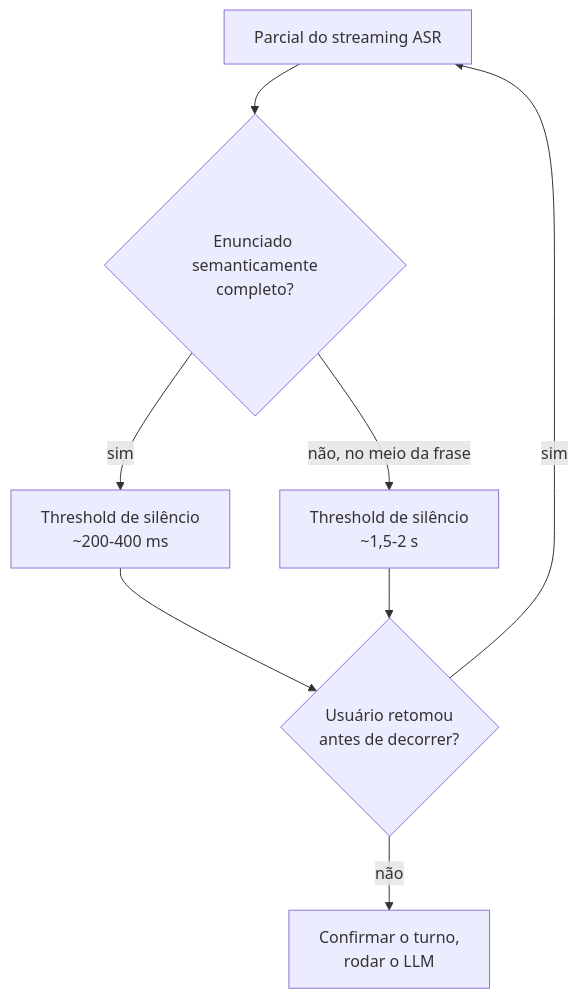
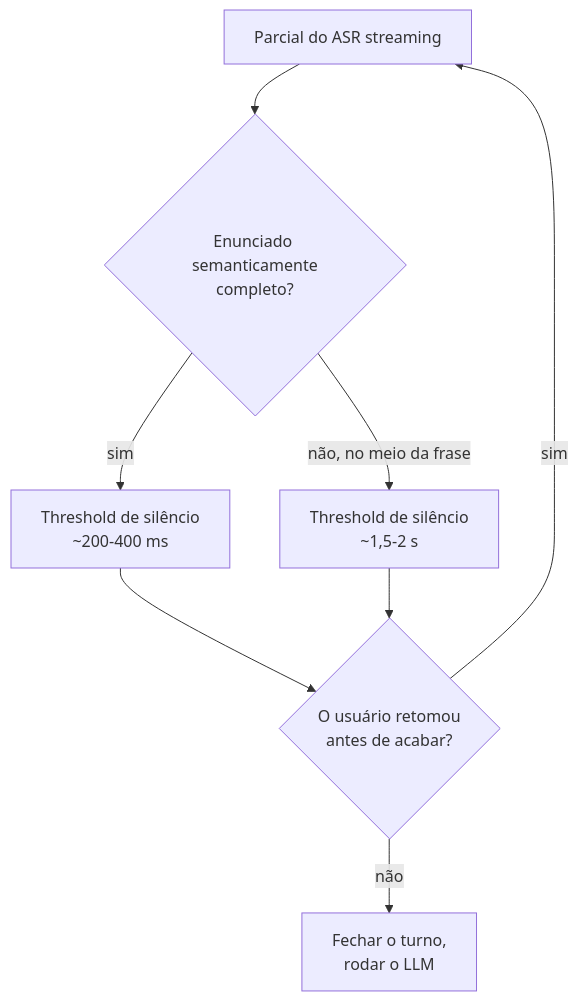
One commit to andrevberaldo/AI-Engineer-Interview-Questions changed diagram 15 of 21 in 10-multimodal/questions.pt-BR.md. Above: the diagram before and after it, drawn with Mermaid. The commit also changed other lines of this file and 1 other file, not shown here.

````diff
--- a/10-multimodal/questions.pt-BR.md
+++ b/10-multimodal/questions.pt-BR.md
@@ -643,10 +643,10 @@
 ```mermaid
 flowchart TD
-    A["Parcial do streaming ASR"] --> B{"Enunciado semanticamente<br/>completo?"}
+    A["Parcial do ASR streaming"] --> B{"Enunciado semanticamente<br/>completo?"}
     B -->|"sim"| C["Threshold de silêncio<br/>~200-400 ms"]
     B -->|"não, no meio da frase"| D["Threshold de silêncio<br/>~1,5-2 s"]
-    C --> E{"Usuário retomou<br/>antes de decorrer?"}
+    C --> E{"O usuário retomou<br/>antes de acabar?"}
     D --> E
     E -->|"sim"| A
-    E -->|"não"| F["Confirmar o turno,<br/>rodar o LLM"]
+    E -->|"não"| F["Fechar o turno,<br/>rodar o LLM"]
 ```
````
